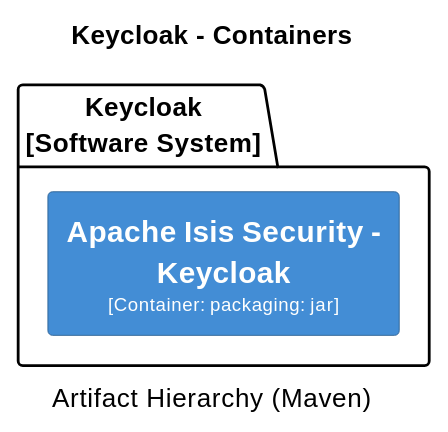
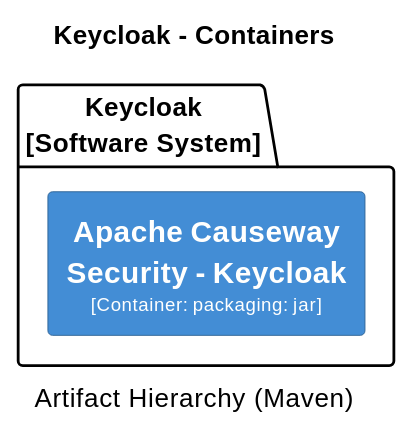
One commit to apache/causeway changed diagram 12 of 32 in core/adoc/modules/_overview/pages/about.adoc. Above: the diagram before and after it, drawn with PlantUML. The commit also changed other lines of this file and 398 other files, not shown here.

```diff
--- a/core/adoc/modules/_overview/pages/about.adoc
+++ b/core/adoc/modules/_overview/pages/about.adoc
@@ -2528,25 +2528,25 @@
 [plantuml,Keycloak,svg]
 ----
 @startuml(id=Keycloak)
 title Keycloak - Containers
 caption Artifact Hierarchy (Maven)
 
 skinparam {
   shadowing false
   arrowFontSize 10
   defaultTextAlignment center
   wrapWidth 200
   maxMessageSize 100
 }
 hide stereotype
 left to right direction
 skinparam rectangle<<2>> {
   BackgroundColor #438dd5
   FontColor #fffffe
   BorderColor #2E6295
 }
 package "Keycloak\n[Software System]" {
-  rectangle "==Apache Isis Security - Keycloak\n<size:10>[Container: packaging: jar]</size>" <<2>> as 2
+  rectangle "==Apache Causeway Security - Keycloak\n<size:10>[Container: packaging: jar]</size>" <<2>> as 2
 }
 @enduml
 ----
```
